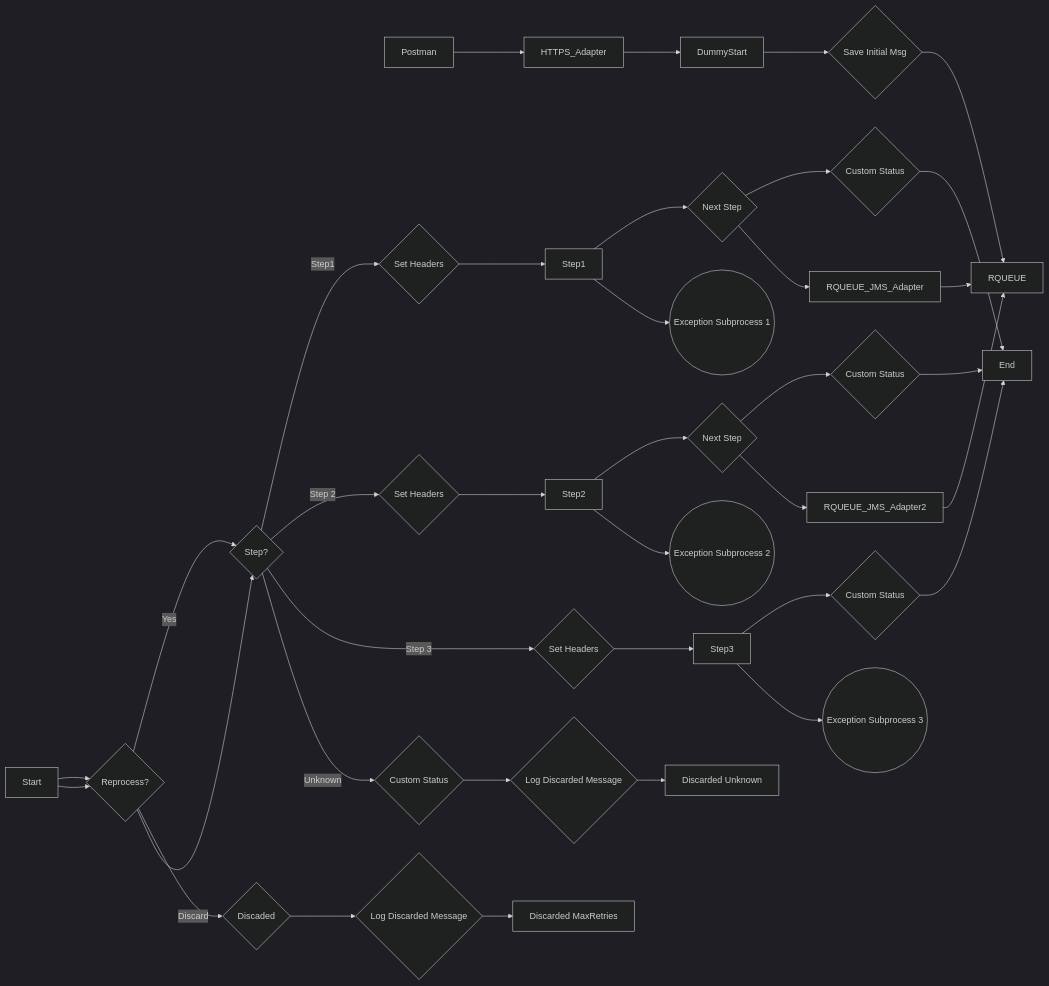
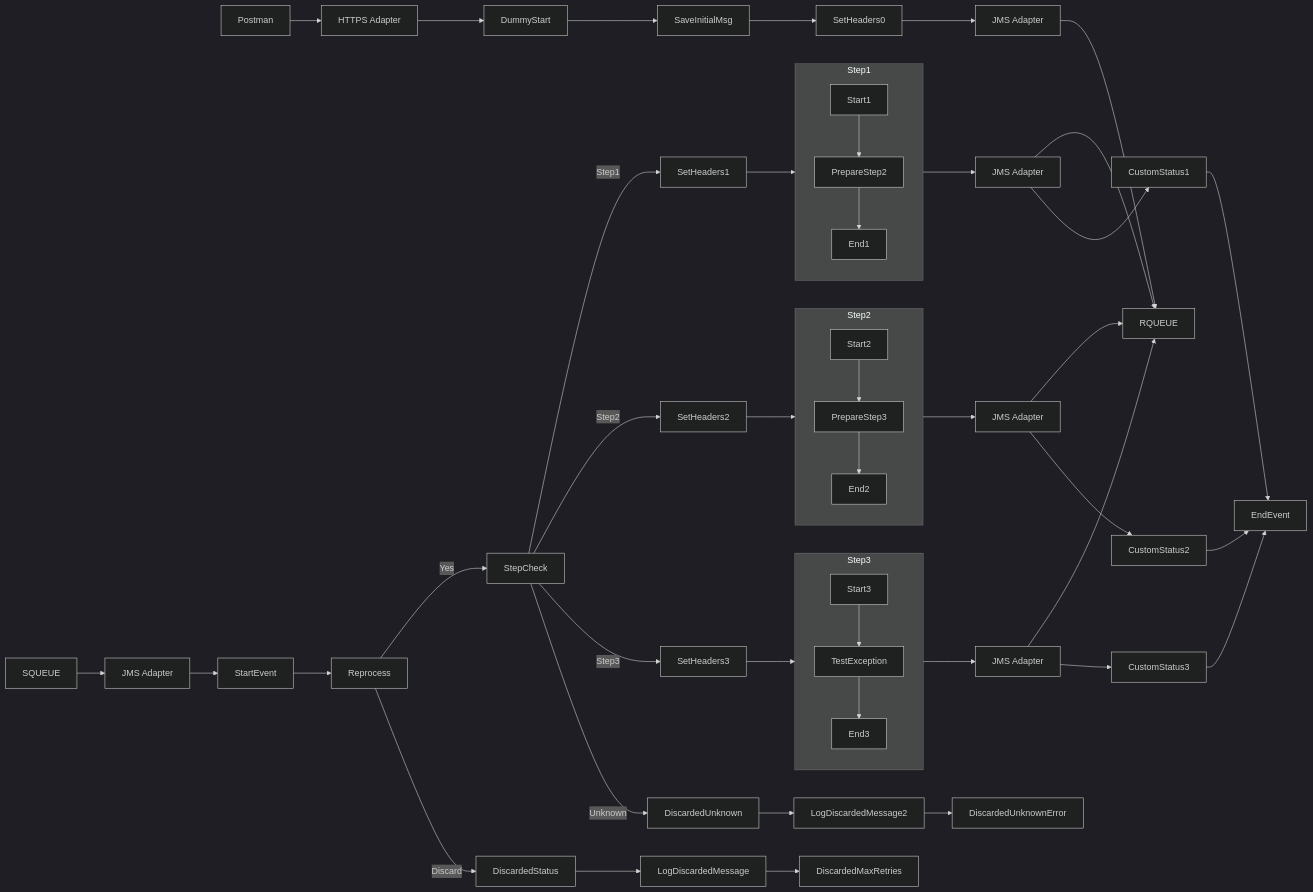
The diagram in MMZ - Cell Iflows/SEDA_Model_-_Single_Queue_-_Restart_and_Discard_MMZ-1.0.1/readme.md (Avvale-IA-CICD/AvvaleCPI), drawn with Mermaid (dark theme) before and after one commit. The commit also changed other lines of this file, not shown here.

Commit message:
Add/update documentation for SEDA_Model_-_Single_Queue_-_Restart_and_Discard_MMZ v1.0.1

````diff
--- a/MMZ - Cell Iflows/SEDA_Model_-_Single_Queue_-_Restart_and_Discard_MMZ-1.0.1/readme.md
+++ b/MMZ - Cell Iflows/SEDA_Model_-_Single_Queue_-_Restart_and_Discard_MMZ-1.0.1/readme.md
@@ -5,35 +5,52 @@
 ```mermaid
 graph LR
-    Postman --> HTTPS_Adapter --> DummyStart
-    DummyStart --> JMS_STEP0{Save Initial Msg}
-    JMS_STEP0 --> RQUEUE
-    Start --> Reprocess{Reprocess?}
-    Reprocess -- Yes --> StepCheck{Step?}
-    Reprocess -- Discard --> DiscardedMessage{Discaded}
-    DiscardedMessage --> LogDiscarded{Log Discarded Message}
-    LogDiscarded --> DiscardedMaxRetries[Discarded MaxRetries]
-    StepCheck -- Step1 --> SetHeadersStep1{Set Headers}
-    StepCheck -- Step 2 --> SetHeadersStep2{Set Headers}
-    StepCheck -- Step 3 --> SetHeadersStep3{Set Headers}
-    StepCheck -- Unknown --> DiscardedUnknownStep{Custom Status}
-    DiscardedUnknownStep --> LogDiscardedUnknown{Log Discarded Message}
-    LogDiscardedUnknown --> DiscardedUnknown[Discarded Unknown]
-    SetHeadersStep1 --> Step1
-    SetHeadersStep2 --> Step2
-    SetHeadersStep3 --> Step3
-    Step1 --> NextStep1{Next Step}
-    Step2 --> NextStep2{Next Step}
-    Step3 --> SetCustomStatusStep3{Custom Status}
-    NextStep1 --> CustomStatusStep1{Custom Status}
-    NextStep2 --> CustomStatusStep2{Custom Status}
-    SetCustomStatusStep3 --> End
-    CustomStatusStep1 --> End
-    CustomStatusStep2 --> End
-    NextStep1 --> RQUEUE_JMS_Adapter --> RQUEUE
-    NextStep2 --> RQUEUE_JMS_Adapter2 --> RQUEUE
-    Step1 --> Exception1((Exception Subprocess 1))
-    Step2 --> Exception2((Exception Subprocess 2))
-    Step3 --> Exception3((Exception Subprocess 3))
-    Start --> Reprocess
-    Reprocess --> StepCheck
+    Postman --> HTTPS[HTTPS Adapter] --> DummyStart
+    DummyStart --> SaveInitialMsg
+    SaveInitialMsg --> SetHeaders0
+    SetHeaders0 --> JMS_STEP0[JMS Adapter] --> RQUEUE
+    
+    SQUEUE --> JMS_DISPATCHER[JMS Adapter] --> StartEvent
+    StartEvent --> Reprocess
+    Reprocess -- Yes --> StepCheck
+    Reprocess -- Discard --> DiscardedStatus
+    DiscardedStatus --> LogDiscardedMessage
+    LogDiscardedMessage --> DiscardedMaxRetries
+
+    StepCheck -- Step1 --> SetHeaders1
+    StepCheck -- Step2 --> SetHeaders2
+    StepCheck -- Step3 --> SetHeaders3
+    StepCheck -- Unknown --> DiscardedUnknown
+
+    SetHeaders1 --> Step1
+    SetHeaders2 --> Step2
+    SetHeaders3 --> Step3
+    DiscardedUnknown --> LogDiscardedMessage2
+    LogDiscardedMessage2 --> DiscardedUnknownError
+
+    Step1 --> JMS_STEP1[JMS Adapter] --> RQUEUE
+    Step2 --> JMS_STEP2[JMS Adapter] --> RQUEUE
+    Step3 --> JMS_STEP3[JMS Adapter] --> RQUEUE
+
+    JMS_STEP1 --> CustomStatus1
+    JMS_STEP2 --> CustomStatus2
+    JMS_STEP3 --> CustomStatus3
+
+    CustomStatus1 --> EndEvent
+    CustomStatus2 --> EndEvent
+    CustomStatus3 --> EndEvent
+
+    subgraph Step1
+        Start1 --> PrepareStep2
+        PrepareStep2 --> End1
+    end
+
+    subgraph Step2
+        Start2 --> PrepareStep3
+        PrepareStep3 --> End2
+    end
+
+    subgraph Step3
+        Start3 --> TestException
+        TestException --> End3
+    end
 ```
````
